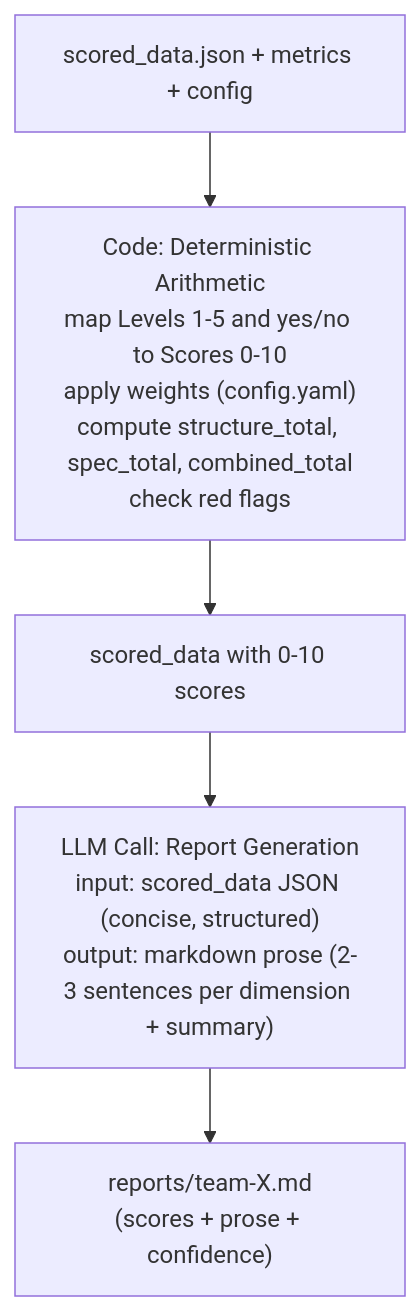
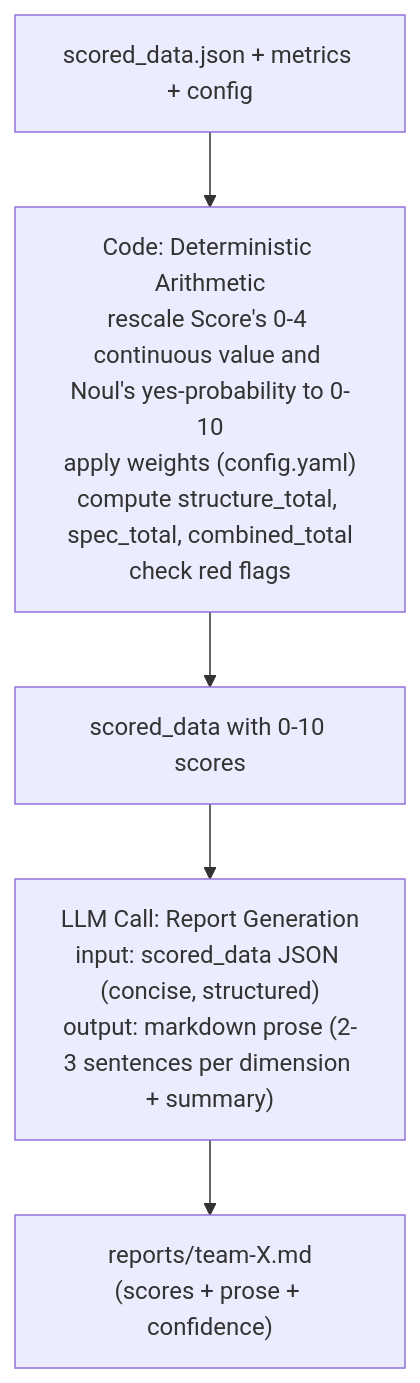
Before and after one commit to arieprasetyo-ecomindo/scorer_cli: the third of 3 diagrams in docs/ARCHITECTURE.md, drawn with Mermaid. The commit also changed other lines of this file and 16 other files, not shown here.

````diff
--- a/docs/ARCHITECTURE.md
+++ b/docs/ARCHITECTURE.md
@@ -55,7 +58,7 @@
 ```mermaid
 flowchart TD
-    A["scored_data.json + metrics + config"] --> B["Code: Deterministic Arithmetic<br/>map Levels 1-5 and yes/no to Scores 0-10<br/>apply weights (config.yaml)<br/>compute structure_total, spec_total, combined_total<br/>check red flags"]
+    A["scored_data.json + metrics + config"] --> B["Code: Deterministic Arithmetic<br/>rescale Score's 0-4 continuous value and Noul's yes-probability to 0-10<br/>apply weights (config.yaml)<br/>compute structure_total, spec_total, combined_total<br/>check red flags"]
     B --> C["scored_data with 0-10 scores"]
     C --> D["LLM Call: Report Generation<br/>input: scored_data JSON (concise, structured)<br/>output: markdown prose (2-3 sentences per dimension + summary)"]
     D --> E["reports/team-X.md<br/>(scores + prose + confidence)"]
 ```
````
